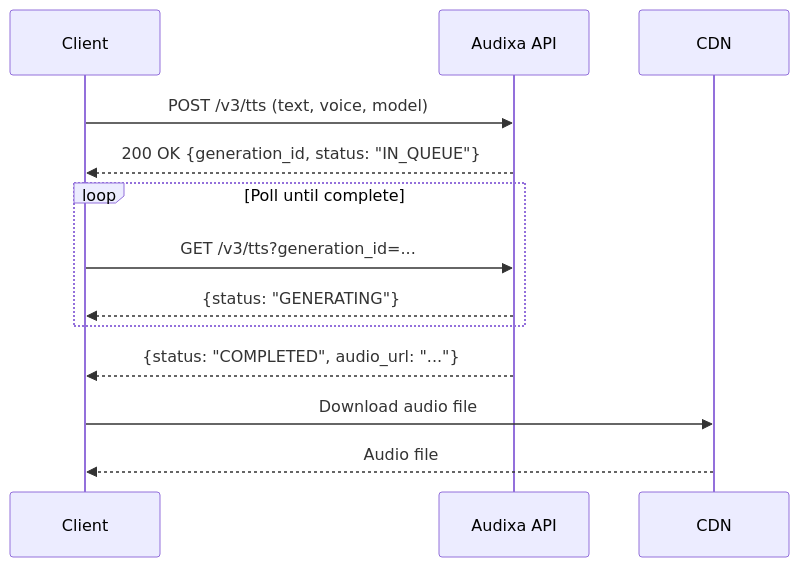
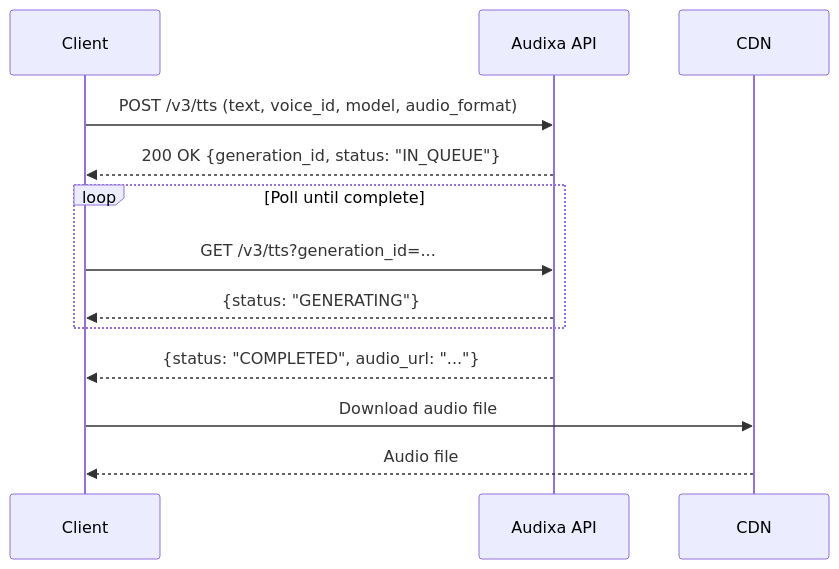
One commit to AudixaAI/Audixa-Docs changed the diagram in api-reference/introduction.mdx. Above: the diagram before and after it, drawn with Mermaid. The commit also changed other lines of this file and 23 other files, not shown here.

Commit message:
Refresh API documentation and explain minimum TTS billing

````diff
--- a/api-reference/introduction.mdx
+++ b/api-reference/introduction.mdx
@@ -45,18 +54,18 @@
 ```mermaid
 sequenceDiagram
     participant Client
     participant Audixa API
     participant CDN
     
-    Client->>Audixa API: POST /v3/tts (text, voice, model)
+    Client->>Audixa API: POST /v3/tts (text, voice_id, model, audio_format)
     Audixa API-->>Client: 200 OK {generation_id, status: "IN_QUEUE"}
     
     loop Poll until complete
         Client->>Audixa API: GET /v3/tts?generation_id=...
         Audixa API-->>Client: {status: "GENERATING"}
     end
     
     Audixa API-->>Client: {status: "COMPLETED", audio_url: "..."}
     Client->>CDN: Download audio file
     CDN-->>Client: Audio file
 ```
````
